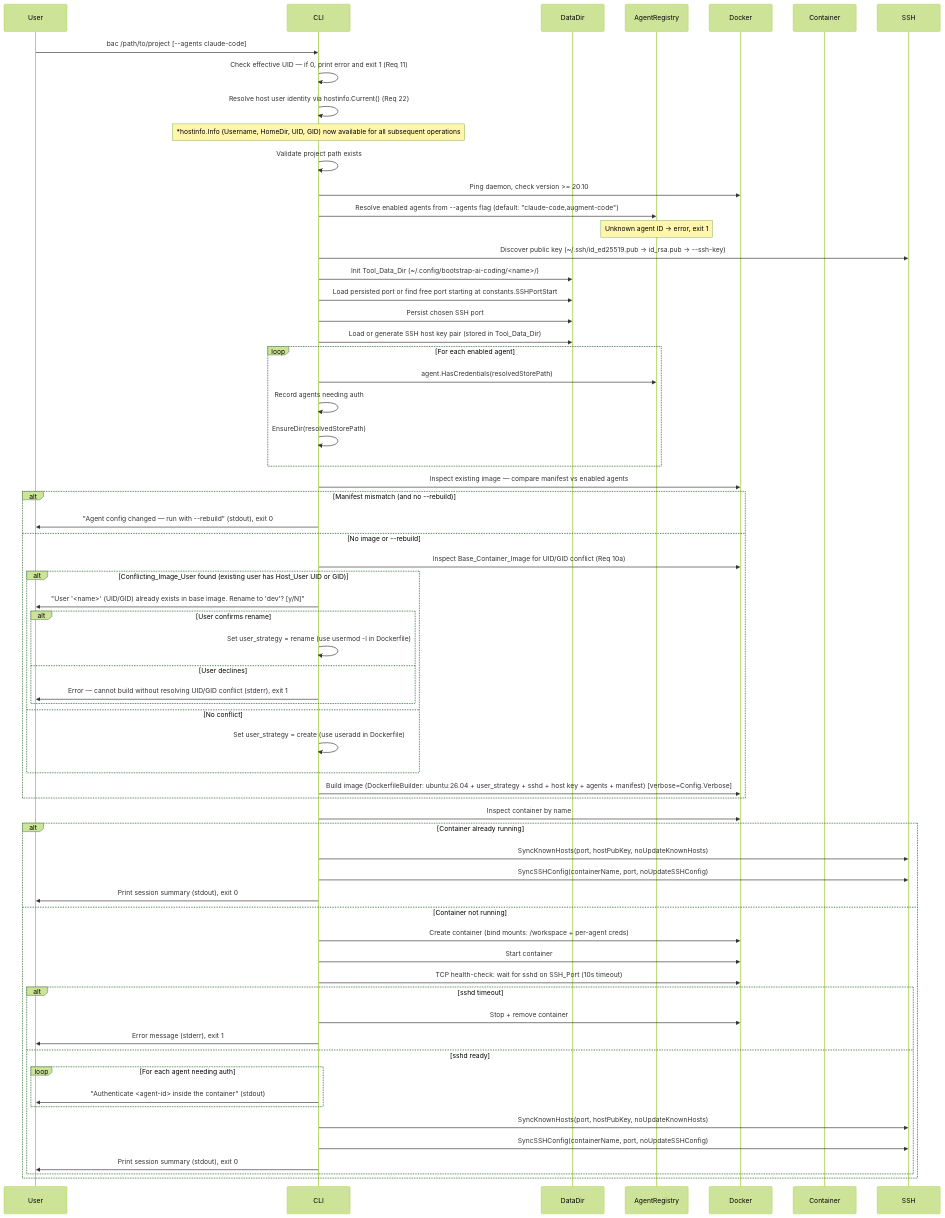
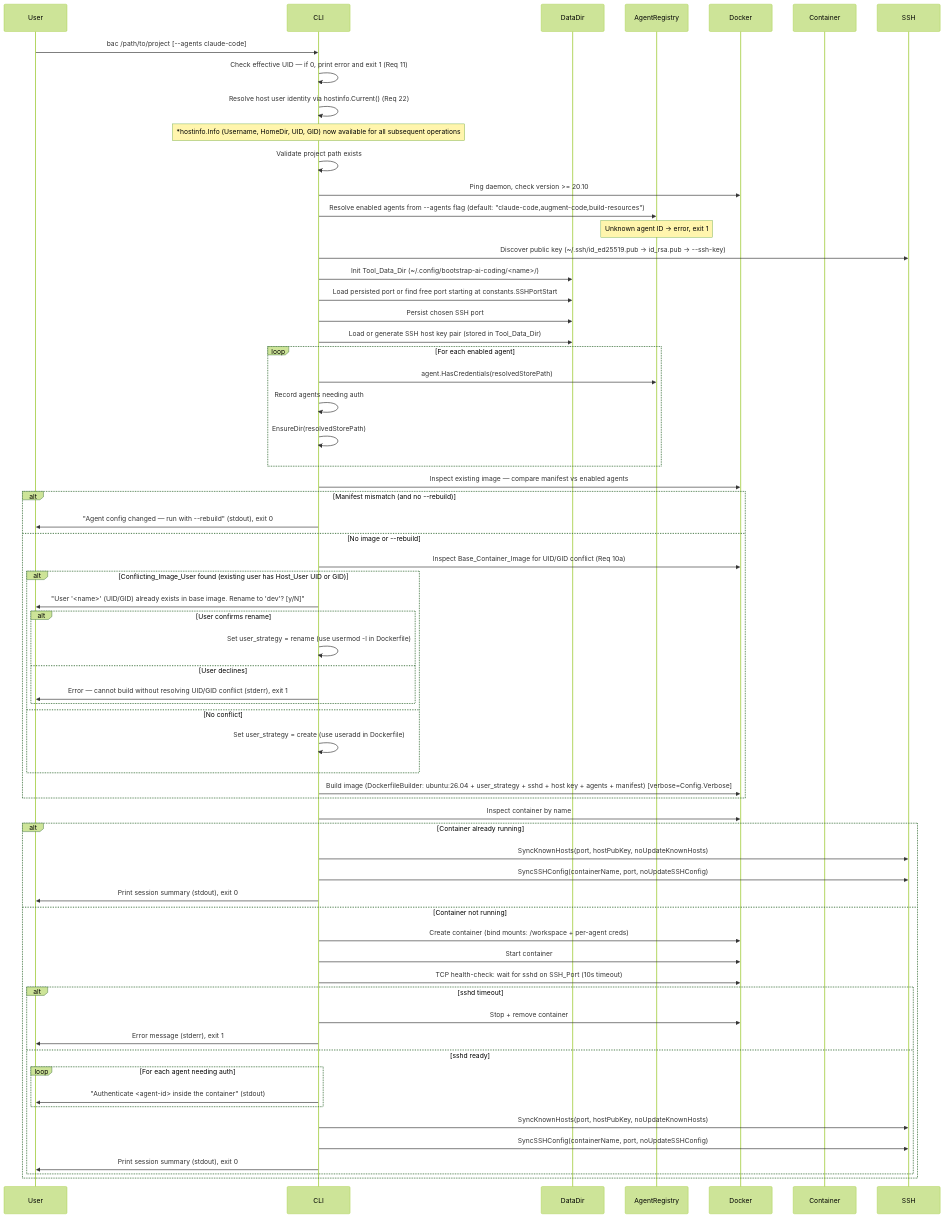
The second of 4 diagrams in .kiro/specs/bootstrap-ai-coding/design-architecture.md (koudis/bootstrap-ai-coding), drawn with Mermaid (forest theme) before and after one commit. The commit also changed other lines of this file and 34 other files, not shown here.

````diff
--- a/.kiro/specs/bootstrap-ai-coding/design-architecture.md
+++ b/.kiro/specs/bootstrap-ai-coding/design-architecture.md
@@ -81,66 +87,66 @@
 ```mermaid
 sequenceDiagram
     participant User
     participant CLI
     participant DataDir
     participant AgentRegistry
     participant Docker
     participant Container
 
     User->>CLI: bac /path/to/project [--agents claude-code]
     CLI->>CLI: Check effective UID — if 0, print error and exit 1 (Req 11)
     CLI->>CLI: Resolve host user identity via hostinfo.Current() (Req 22)
     note over CLI: *hostinfo.Info (Username, HomeDir, UID, GID) now available for all subsequent operations
     CLI->>CLI: Validate project path exists
     CLI->>Docker: Ping daemon, check version >= 20.10
-    CLI->>AgentRegistry: Resolve enabled agents from --agents flag (default: "claude-code,augment-code")
+    CLI->>AgentRegistry: Resolve enabled agents from --agents flag (default: "claude-code,augment-code,build-resources")
     note over AgentRegistry: Unknown agent ID → error, exit 1
     CLI->>SSH: Discover public key (~/.ssh/id_ed25519.pub → id_rsa.pub → --ssh-key)
     CLI->>DataDir: Init Tool_Data_Dir (~/.config/bootstrap-ai-coding/<name>/)
     CLI->>DataDir: Load persisted port or find free port starting at constants.SSHPortStart
     CLI->>DataDir: Persist chosen SSH port
     CLI->>DataDir: Load or generate SSH host key pair (stored in Tool_Data_Dir)
     loop For each enabled agent
         CLI->>AgentRegistry: agent.HasCredentials(resolvedStorePath)
         CLI->>CLI: Record agents needing auth
         CLI->>CLI: EnsureDir(resolvedStorePath)
     end
     CLI->>Docker: Inspect existing image — compare manifest vs enabled agents
     alt Manifest mismatch (and no --rebuild)
         CLI->>User: "Agent config changed — run with --rebuild" (stdout), exit 0
     else No image or --rebuild
         CLI->>Docker: Inspect Base_Container_Image for UID/GID conflict (Req 10a)
         alt Conflicting_Image_User found (existing user has Host_User UID or GID)
             CLI->>User: "User '<name>' (UID/GID) already exists in base image. Rename to 'dev'? [y/N]"
             alt User confirms rename
                 CLI->>CLI: Set user_strategy = rename (use usermod -l in Dockerfile)
             else User declines
                 CLI->>User: Error — cannot build without resolving UID/GID conflict (stderr), exit 1
             end
         else No conflict
             CLI->>CLI: Set user_strategy = create (use useradd in Dockerfile)
         end
         CLI->>Docker: Build image (DockerfileBuilder: ubuntu:26.04 + user_strategy + sshd + host key + agents + manifest) [verbose=Config.Verbose]
     end
     CLI->>Docker: Inspect container by name
     alt Container already running
         CLI->>SSH: SyncKnownHosts(port, hostPubKey, noUpdateKnownHosts)
         CLI->>SSH: SyncSSHConfig(containerName, port, noUpdateSSHConfig)
         CLI->>User: Print session summary (stdout), exit 0
     else Container not running
         CLI->>Docker: Create container (bind mounts: /workspace + per-agent creds)
         CLI->>Docker: Start container
         CLI->>Docker: TCP health-check: wait for sshd on SSH_Port (10s timeout)
         alt sshd timeout
             CLI->>Docker: Stop + remove container
             CLI->>User: Error message (stderr), exit 1
         else sshd ready
             loop For each agent needing auth
                 CLI->>User: "Authenticate <agent-id> inside the container" (stdout)
             end
             CLI->>SSH: SyncKnownHosts(port, hostPubKey, noUpdateKnownHosts)
             CLI->>SSH: SyncSSHConfig(containerName, port, noUpdateSSHConfig)
             CLI->>User: Print session summary (stdout), exit 0
         end
     end
 ```
````
